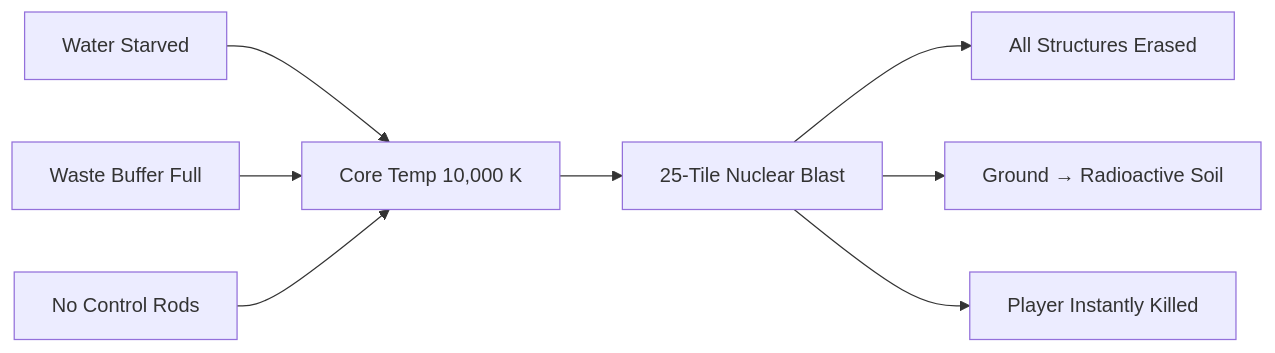
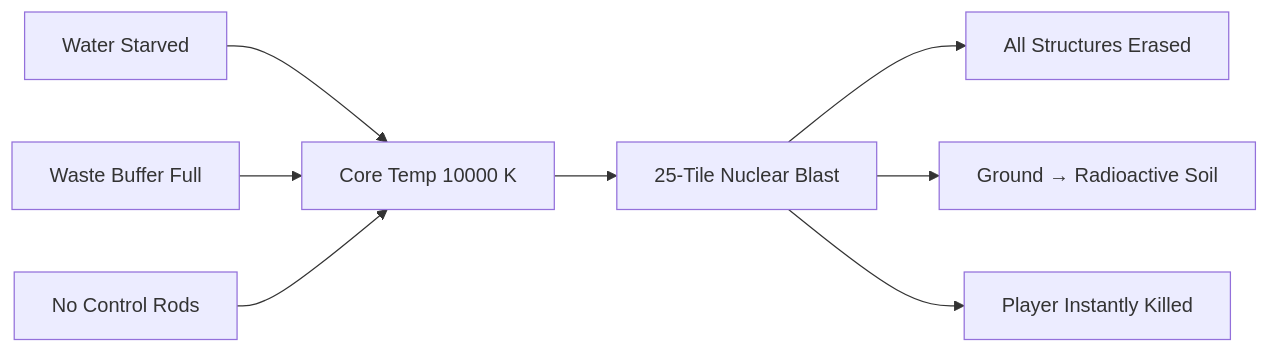
One commit to pourgb/root.works changed diagram 25 of 28 in WIKI.md. Above: the diagram before and after it, drawn with Mermaid. The commit also changed other lines of this file, not shown here.

Commit message:
FUCK MERMAID, FUCK THE GUY WHO INVENTED MERMAID BULLSHIT

````diff
--- a/WIKI.md
+++ b/WIKI.md
@@ -825,10 +825,10 @@
 ```mermaid
 flowchart LR
-    WaterStarved[Water Starved] --> CoreTemp["Core Temp 10,000 K"]
+    WaterStarved[Water Starved] --> CoreTemp["Core Temp 10000 K"]
     WasteBlocked[Waste Buffer Full] --> CoreTemp
     NoControlRod[No Control Rods] --> CoreTemp
     CoreTemp --> Meltdown[25-Tile Nuclear Blast]
     Meltdown --> Structures[All Structures Erased]
     Meltdown --> Ground[Ground → Radioactive Soil]
     Meltdown --> PlayerDead[Player Instantly Killed]
 ```
````
